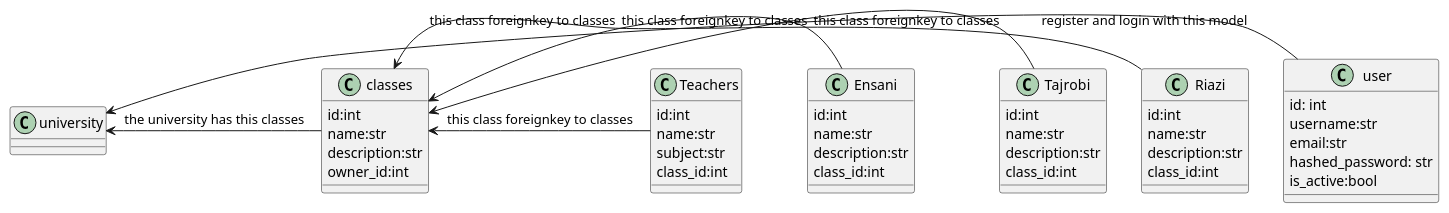
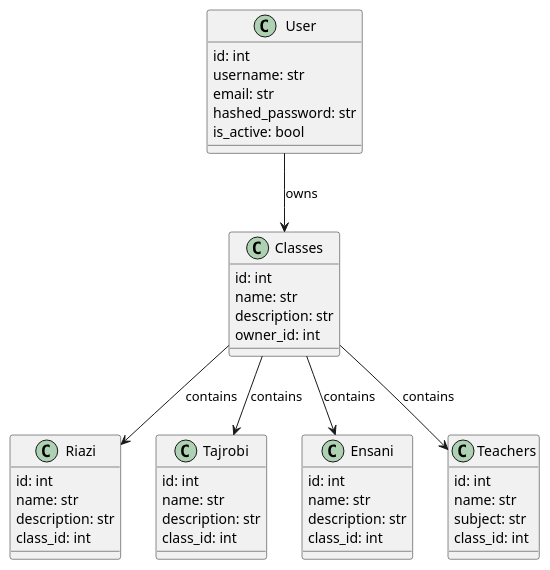
One commit to Ash-seah/university changed the diagram in university.plantuml. Above: the diagram before and after it, drawn with PlantUML.

Commit message:
added puml

```diff
--- a/university.plantuml
+++ b/university.plantuml
@@ -1,59 +1,52 @@
 @startuml
 
-class user{
+class User {
     id: int
-    username:str
-    email:str
+    username: str
+    email: str
     hashed_password: str
-    is_active:bool
-
-
-}
-class classes{
-    id:int
-    name:str
-    description:str
-    owner_id:int
-
+    is_active: bool
 }
 
-class Riazi{
-    id:int
-    name:str
-    description:str
-    class_id:int
-
+class Classes {
+    id: int
+    name: str
+    description: str
+    owner_id: int
 }
 
-class Tajrobi{
-    id:int
-    name:str
-    description:str
-    class_id:int
-    
-}
-class Ensani{
-    id:int
-    name:str
-    description:str
-    class_id:int
-    
+class Riazi {
+    id: int
+    name: str
+    description: str
+    class_id: int
 }
 
-class Teachers{
-    id:int
-    name:str
-    subject:str
-    class_id:int
-
+class Tajrobi {
+    id: int
+    name: str
+    description: str
+    class_id: int
 }
 
-university <- user :register and login with this model
-university <- classes : the university has this classes
-classes <- Riazi : this class foreignkey to classes
-classes <- Tajrobi : this class foreignkey to classes
-classes <- Ensani : this class foreignkey to classes
-classes <- Teachers : this class foreignkey to classes
+class Ensani {
+    id: int
+    name: str
+    description: str
+    class_id: int
+}
 
+class Teachers {
+    id: int
+    name: str
+    subject: str
+    class_id: int
+}
+
+User --> Classes : owns
+Classes --> Riazi : contains
+Classes --> Tajrobi : contains
+Classes --> Ensani : contains
+Classes --> Teachers : contains
 
 @enduml
```
